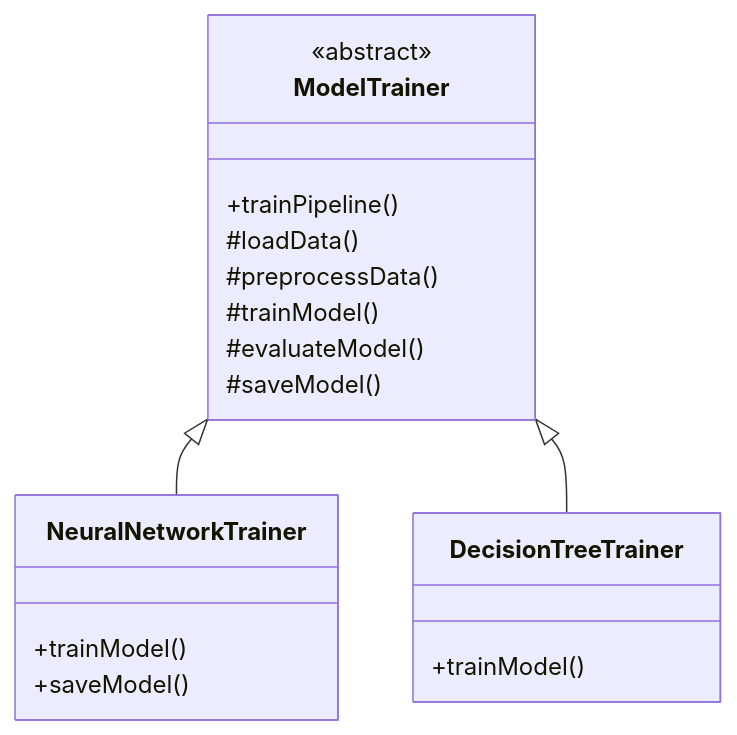
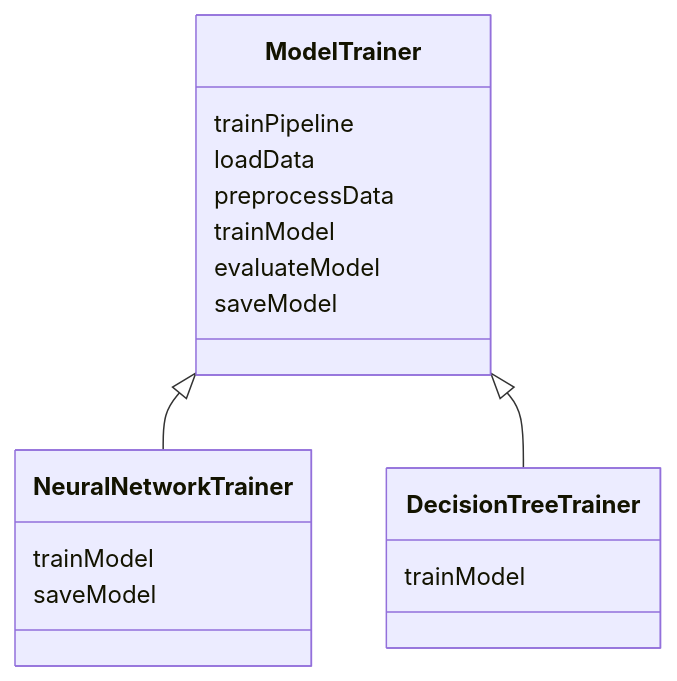
One commit to gojosatoru123-ux/CacheU changed the fourth of 5 diagrams in src/content/lld-template-design-pattern.md. Above: the diagram before and after it, drawn with Mermaid. The commit also changed other lines of this file and 21 other files, not shown here.

````diff
--- a/src/content/lld-template-design-pattern.md
+++ b/src/content/lld-template-design-pattern.md
@@ -317,24 +316,23 @@
 ```mermaid
 classDiagram
-    class ModelTrainer {
-        <<abstract>>
-        +trainPipeline()
-        #loadData()
-        #preprocessData()
-        #trainModel()
-        #evaluateModel()
-        #saveModel()
-    }
+class ModelTrainer {
+    trainPipeline
+    loadData
+    preprocessData
+    trainModel
+    evaluateModel
+    saveModel
+}
 
-    class NeuralNetworkTrainer {
-        +trainModel()
-        +saveModel()
-    }
+class NeuralNetworkTrainer {
+    trainModel
+    saveModel
+}
 
-    class DecisionTreeTrainer {
-        +trainModel()
-    }
+class DecisionTreeTrainer {
+    trainModel
+}
 
-    ModelTrainer <|-- NeuralNetworkTrainer
-    ModelTrainer <|-- DecisionTreeTrainer
+ModelTrainer <|-- NeuralNetworkTrainer
+ModelTrainer <|-- DecisionTreeTrainer
 ```
````
